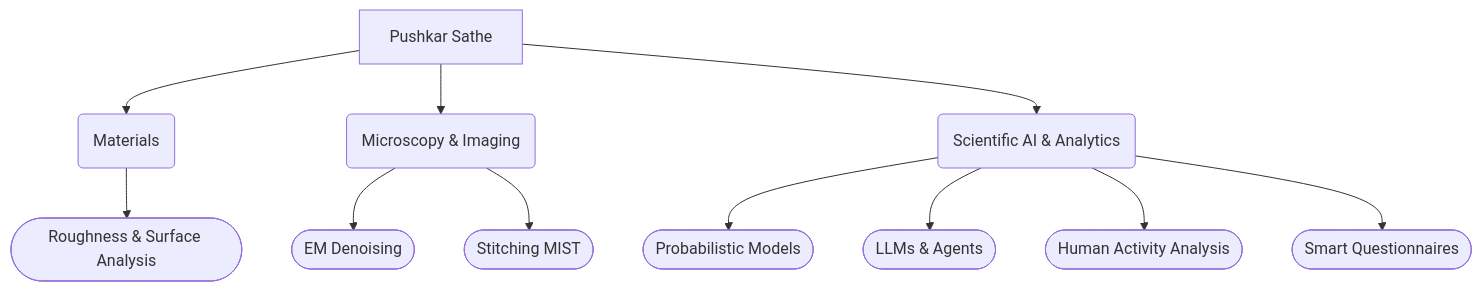
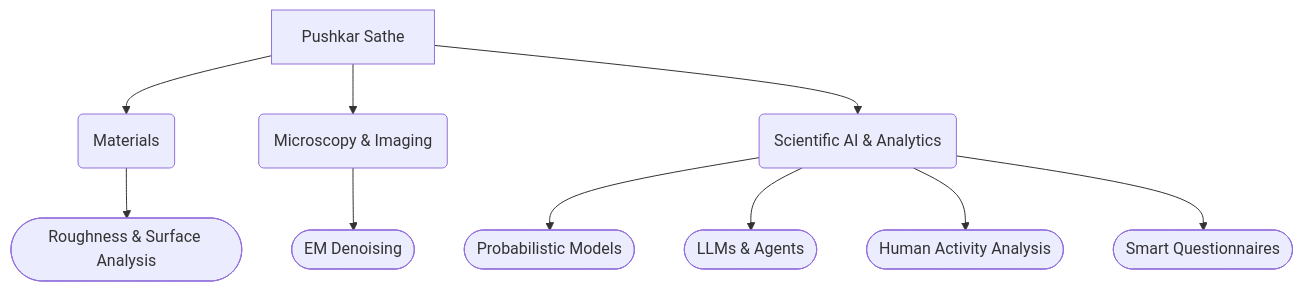
Before and after one commit to pushkarsathe89/pushkarsathe89: the diagram in README.md, drawn with Mermaid.

Commit message:
Fix links in mermaid

````diff
--- a/README.md
+++ b/README.md
@@ -21,39 +21,37 @@
 ```mermaid
 graph TD
 %% Core Nodes
     Core[Pushkar Sathe] --> Mat(Materials)
     Core --> Micro(Microscopy & Imaging)
     Core --> AI(Scientific AI & Analytics)
 
     %% Materials Sub-Nodes
     Mat --> Mat1([Roughness & Surface Analysis])
 
     %% Microscopy Sub-Nodes
     Micro --> Micro1([EM Denoising])
-    Micro --> Micro2([Stitching MIST])
 
     %% AI & Analytics Sub-Nodes
     AI --> AI1([Probabilistic Models])
     AI --> AI2([LLMs & Agents])
     AI --> AI3([Human Activity Analysis])
     AI --> AI4([Smart Questionnaires])
 
 %% Materials: Includes your 'taichi_mpm' fork and 'Material' repos
-    click Mat "[https://github.com/search?q=user%3Apushkarsathe89+fork%3Atrue+OR+user%3Ausnistgov+OR+user%3ANIH-NEI+material+OR+roughness+OR+taichi&type=repositories](https://github.com/search?q=user%3Apushkarsathe89+fork%3Atrue+OR+user%3Ausnistgov+OR+user%3ANIH-NEI+material+OR+roughness+OR+taichi&type=repositories)" "Search Materials"
-    click Mat1 "[https://github.com/search?q=user%3Apushkarsathe89+fork%3Atrue+roughness&type=repositories](https://github.com/search?q=user%3Apushkarsathe89+fork%3Atrue+roughness&type=repositories)" "Search Roughness Tools"
-    click Mat2 "[https://github.com/search?q=user%3Apushkarsathe89+fork%3Atrue+taichi+OR+mpm&type=repositories](https://github.com/search?q=user%3Apushkarsathe89+fork%3Atrue+taichi+OR+mpm&type=repositories)" "Search MPM Tools"
+    click Mat "https://github.com/search?q=user%3Apushkarsathe89+fork%3Atrue+OR+user%3Ausnistgov+OR+user%3ANIH-NEI+material+OR+roughness+OR+taichi&type=repositories" "Search Materials"
+    click Mat1 "https://github.com/search?q=user%3Apushkarsathe89+fork%3Atrue+roughness&type=repositories" "Search Roughness Tools"
+    click Mat2 "https://github.com/search?q=user%3Apushkarsathe89+fork%3Atrue+taichi+OR+mpm&type=repositories" "Search MPM Tools"
 
     %% Microscopy: Includes NIST, NIH, and your 'gandissect' or 'opencv' work
-    click Micro "[https://github.com/search?q=user%3Apushkarsathe89+fork%3Atrue+OR+user%3Ausnistgov+OR+user%3ANIH-NEI+microscopy+OR+EM+OR+stitching+OR+opencv&type=repositories](https://github.com/search?q=user%3Apushkarsathe89+fork%3Atrue+OR+user%3Ausnistgov+OR+user%3ANIH-NEI+microscopy+OR+EM+OR+stitching+OR+opencv&type=repositories)" "Search Microscopy"
-    click Micro1 "[https://github.com/search?q=user%3Apushkarsathe89+fork%3Atrue+denoise&type=repositories](https://github.com/search?q=user%3Apushkarsathe89+fork%3Atrue+denoise&type=repositories)" "Search Denoising"
-    click Micro2 "[https://github.com/usnistgov/MIST](https://github.com/usnistgov/MIST)" "Go to MIST Repository"
-
+    click Micro "https://github.com/search?q=user%3Apushkarsathe89+fork%3Atrue+OR+user%3Ausnistgov+OR+user%3ANIH-NEI+microscopy+OR+EM+OR+stitching+OR+opencv&type=repositories" "Search Microscopy"
+    click Micro1 "https://github.com/search?q=user%3Apushkarsathe89+fork%3Atrue+denoise&type=repositories" "Search Denoising"
+    
     %% AI: Includes 'prophet', 'ludwig', 'TheErdosInstitute', 'INFER-Projects'
-    click AI "[https://github.com/search?q=user%3Apushkarsathe89+fork%3Atrue+OR+user%3ATheErdosInstitute+OR+user%3AINFER-Projects+learning+OR+model+OR+analysis+OR+prophet+OR+ludwig&type=repositories](https://github.com/search?q=user%3Apushkarsathe89+fork%3Atrue+OR+user%3ATheErdosInstitute+OR+user%3AINFER-Projects+learning+OR+model+OR+analysis+OR+prophet+OR+ludwig&type=repositories)" "Search AI Projects"
+    click AI "https://github.com/search?q=user%3Apushkarsathe89+fork%3Atrue+OR+user%3ATheErdosInstitute+OR+user%3AINFER-Projects+learning+OR+model+OR+analysis+OR+prophet+OR+ludwig&type=repositories" "Search AI Projects"
     
     %% AI Sub-nodes
-    click AI1 "[https://github.com/search?q=user%3Apushkarsathe89+fork%3Atrue+HMM+OR+gaussian+OR+prophet&type=repositories](https://github.com/search?q=user%3Apushkarsathe89+fork%3Atrue+HMM+OR+gaussian+OR+prophet&type=repositories)" "Search Probabilistic Models"
-    click AI2 "[https://github.com/search?q=user%3Apushkarsathe89+fork%3Atrue+prompt+OR+LLM+OR+gpt&type=repositories](https://github.com/search?q=user%3Apushkarsathe89+fork%3Atrue+prompt+OR+LLM+OR+gpt&type=repositories)" "Search LLM Tools"
-    click AI3 "[https://github.com/search?q=user%3Apushkarsathe89+fork%3Atrue+HAA+OR+kinect+OR+activity&type=repositories](https://github.com/search?q=user%3Apushkarsathe89+fork%3Atrue+HAA+OR+kinect+OR+activity&type=repositories)" "Search HAA Projects"
-    click AI4 "[https://github.com/search?q=user%3Apushkarsathe89+fork%3Atrue+questionnaire+OR+active&type=repositories](https://github.com/search?q=user%3Apushkarsathe89+fork%3Atrue+questionnaire+OR+active&type=repositories)" "Search Questionnaires"
+    click AI1 "https://github.com/search?q=user%3Apushkarsathe89+fork%3Atrue+HMM+OR+gaussian+OR+prophet&type=repositories" "Search Probabilistic Models"
+    click AI2 "https://github.com/search?q=user%3Apushkarsathe89+fork%3Atrue+prompt+OR+LLM+OR+gpt&type=repositories" "Search LLM Tools"
+    click AI3 "https://github.com/search?q=user%3Apushkarsathe89+fork%3Atrue+HAA+OR+kinect+OR+activity&type=repositories" "Search HAA Projects"
+    click AI4 "https://github.com/search?q=user%3Apushkarsathe89+fork%3Atrue+questionnaire+OR+active&type=repositories" "Search Questionnaires"
 ```
````
